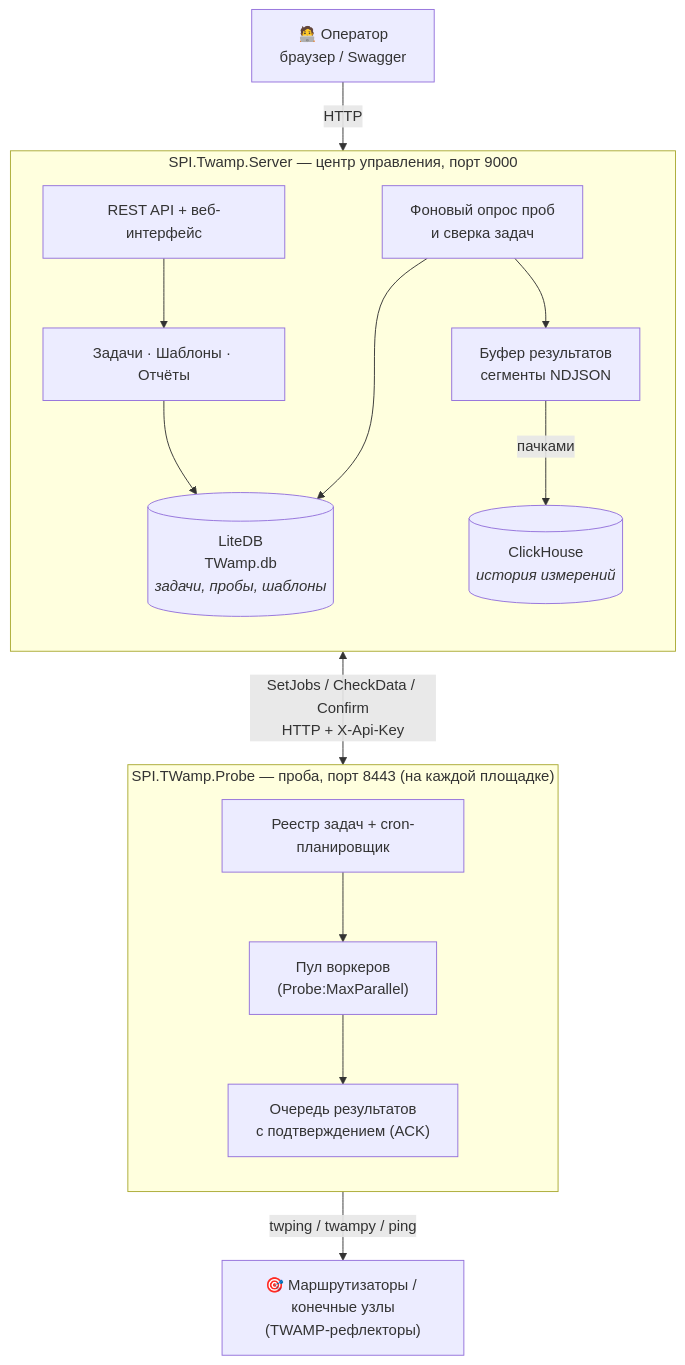
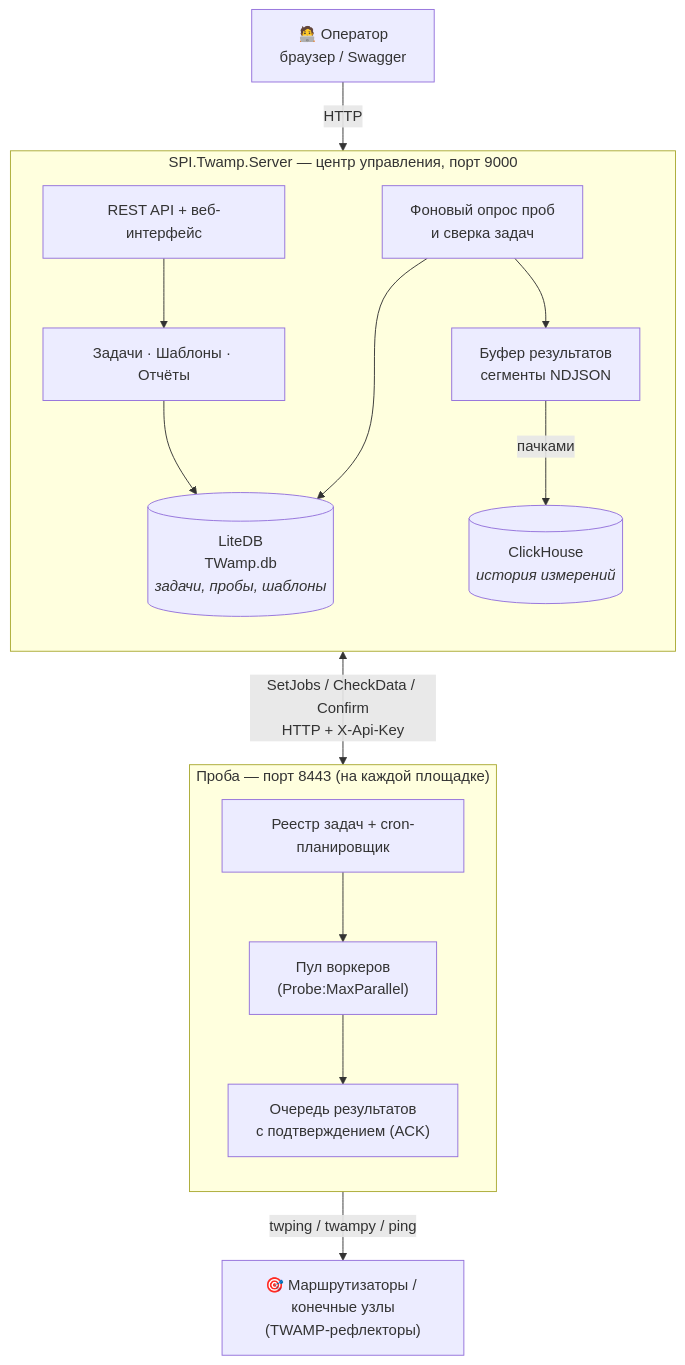
The first of 12 diagrams in docs/architecture.md (akprof2000/twamp-probe), drawn with Mermaid before and after one commit. The commit also changed other lines of this file and 70 other files, not shown here.

````diff
--- a/docs/architecture.md
+++ b/docs/architecture.md
@@ -9,31 +9,31 @@
 ```mermaid
 flowchart TB
     operator["🧑‍💻 Оператор<br/>браузер / Swagger"]
 
     subgraph server["SPI.Twamp.Server — центр управления, порт 9000"]
         direction TB
         api["REST API + веб-интерфейс"]
         logic["Задачи · Шаблоны · Отчёты"]
         db[("LiteDB<br/>TWamp.db<br/><i>задачи, пробы, шаблоны</i>")]
         spool["Буфер результатов<br/>сегменты NDJSON"]
         poller["Фоновый опрос проб<br/>и сверка задач"]
         api --> logic --> db
         poller --> db
         poller --> spool
         spool -->|"пачками"| ch[("ClickHouse<br/><i>история измерений</i>")]
     end
 
-    subgraph probeN["SPI.TWamp.Probe — проба, порт 8443 (на каждой площадке)"]
+    subgraph probeN["Проба — порт 8443 (на каждой площадке)"]
         direction TB
         worker["Реестр задач + cron-планировщик"]
         pool["Пул воркеров<br/>(Probe:MaxParallel)"]
         queue["Очередь результатов<br/>с подтверждением (ACK)"]
         worker --> pool --> queue
     end
 
     targets["🎯 Маршрутизаторы / конечные узлы<br/>(TWAMP-рефлекторы)"]
 
     operator -- "HTTP" --> api
     poller <-->|"SetJobs / CheckData / Confirm<br/>HTTP + X-Api-Key"| probeN
     pool -- "twping / twampy / ping" --> targets
 ```
````
